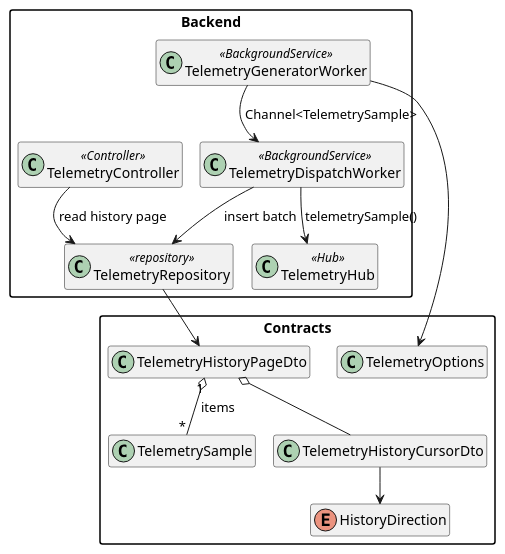
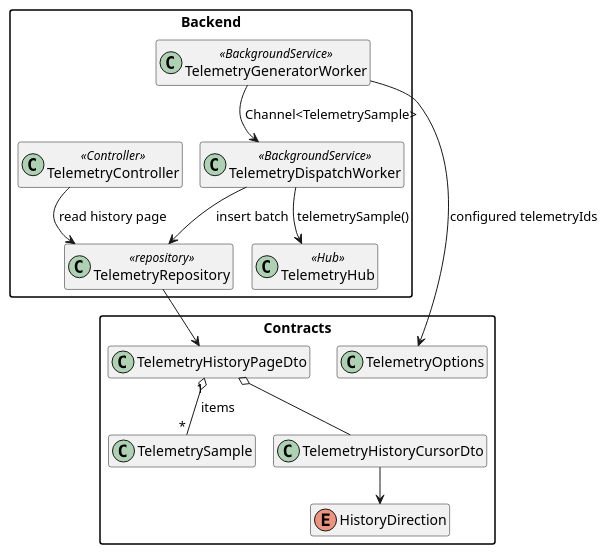
The diagram in docs/diagrams/backend-telemetry-platform-class.puml (QuinntyneBrown/open-mct-real-time-and-historical-telemetry-visualization), drawn with PlantUML before and after one commit. The commit also changed 9 other files, not shown here.

```diff
--- a/docs/diagrams/backend-telemetry-platform-class.puml
+++ b/docs/diagrams/backend-telemetry-platform-class.puml
@@ -1,32 +1,32 @@
 @startuml
 !pragma layout smetana
 hide empty members
 skinparam classAttributeIconSize 0
 skinparam packageStyle rectangle
 
 package "Backend" {
   class TelemetryGeneratorWorker <<BackgroundService>>
   class TelemetryDispatchWorker <<BackgroundService>>
   class TelemetryController <<Controller>>
   class TelemetryRepository <<repository>>
   class TelemetryHub <<Hub>>
 }
 
 package "Contracts" {
   class TelemetrySample
   class TelemetryHistoryCursorDto
   class TelemetryHistoryPageDto
   class TelemetryOptions
   enum HistoryDirection
 }
 
 TelemetryGeneratorWorker --> TelemetryDispatchWorker : Channel<TelemetrySample>
 TelemetryDispatchWorker --> TelemetryHub : telemetrySample()
 TelemetryDispatchWorker --> TelemetryRepository : insert batch
 TelemetryController --> TelemetryRepository : read history page
 TelemetryRepository --> TelemetryHistoryPageDto
 TelemetryHistoryPageDto o-- TelemetryHistoryCursorDto
 TelemetryHistoryPageDto "1" o-- "*" TelemetrySample : items
-TelemetryGeneratorWorker --> TelemetryOptions
+TelemetryGeneratorWorker --> TelemetryOptions : configured telemetryIds
 TelemetryHistoryCursorDto --> HistoryDirection
 @enduml
```
